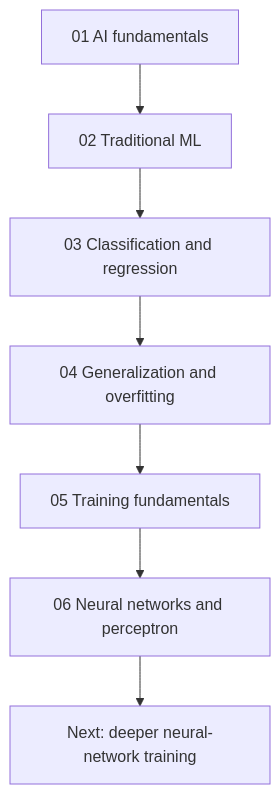
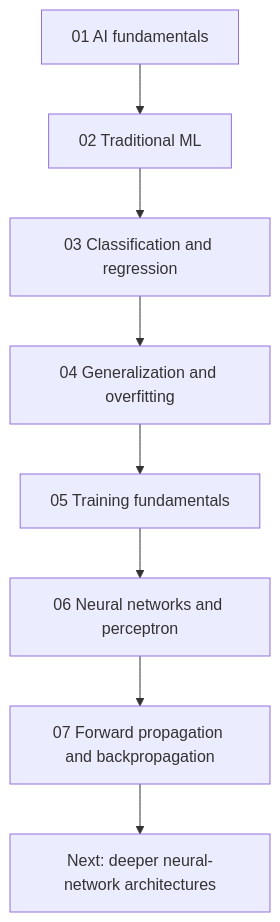
One commit to aditya-tanwar/my_ai_learning changed the diagram in 01-ai-fundamentals/README.md. Above: the diagram before and after it, drawn with Mermaid. The commit also changed other lines of this file, not shown here.

Commit message:
Add Lesson 7 to learning index

````diff
--- a/01-ai-fundamentals/README.md
+++ b/01-ai-fundamentals/README.md
@@ -18,9 +19,10 @@
 ```mermaid
 flowchart TD
     L1[01 AI fundamentals] --> L2[02 Traditional ML]
     L2 --> L3[03 Classification and regression]
     L3 --> L4[04 Generalization and overfitting]
     L4 --> L5[05 Training fundamentals]
     L5 --> L6[06 Neural networks and perceptron]
-    L6 --> NEXT[Next: deeper neural-network training]
+    L6 --> L7[07 Forward propagation and backpropagation]
+    L7 --> NEXT[Next: deeper neural-network architectures]
 ```
````
